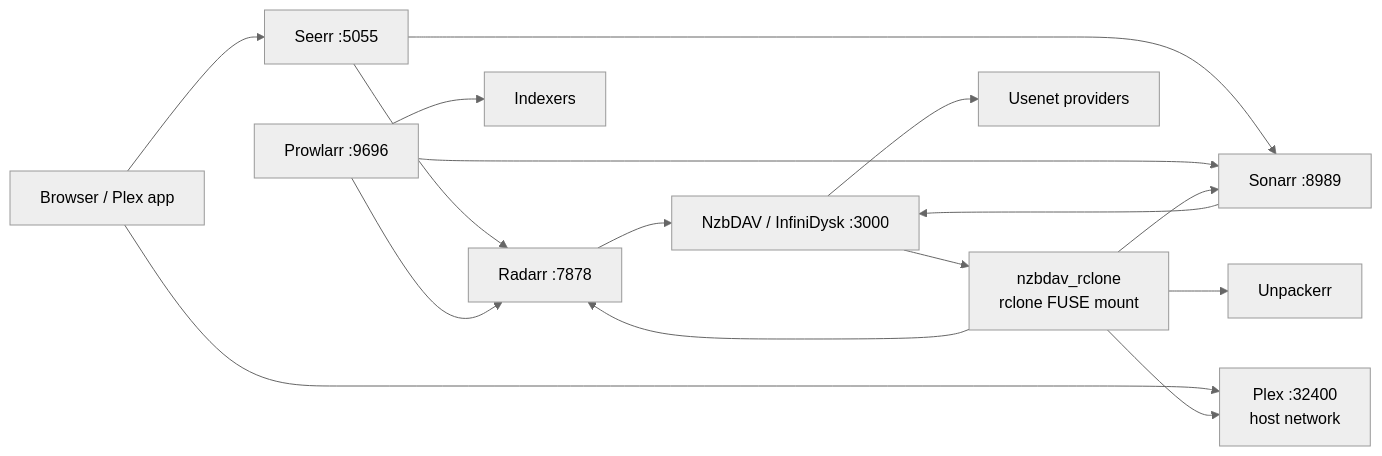
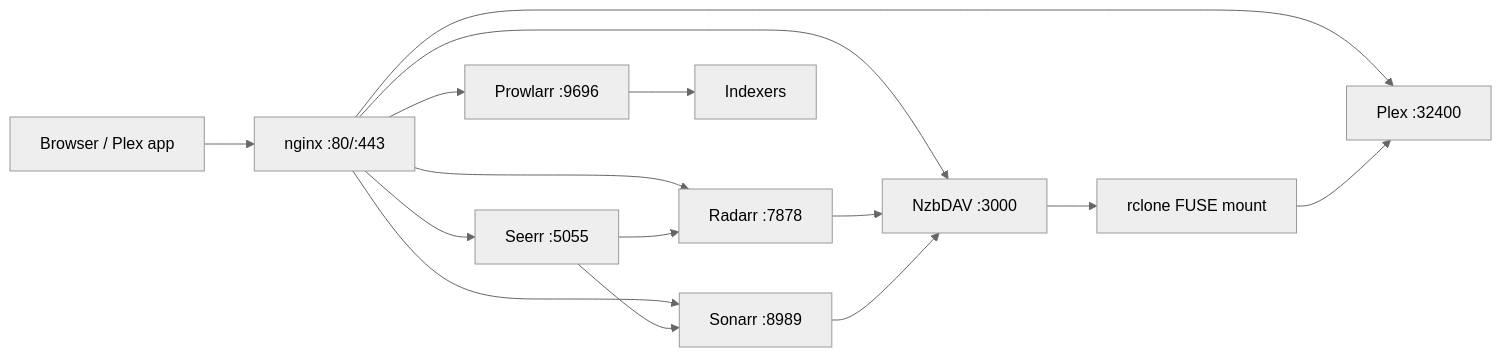
The diagram in docs/stack/architecture.md (WhispersOfJ/rawrz), drawn with Mermaid (neutral theme) before and after one commit. The commit also changed other lines of this file and 23 other files, not shown here.

````diff
--- a/docs/stack/architecture.md
+++ b/docs/stack/architecture.md
@@ -10,24 +10,15 @@
 ```mermaid
 flowchart LR
-    User[Browser / Plex app]
-    Prow[Prowlarr :9696]
-    Rad[Radarr :7878]
-    Son[Sonarr :8989]
-    NZB[NzbDAV / InfiniDysk :3000]
-    RCL[nzbdav_rclone<br/>rclone FUSE mount]
-    Seerr[Seerr :5055]
-    Unp[Unpackerr]
-    Plex[Plex :32400<br/>host network]
-    Indexers[Indexers]
-    Usenet[Usenet providers]
-
-    User --> Seerr
-    User --> Plex
+    User[Browser / Plex app] --> Nginx[nginx :80/:443]
+    Nginx --> Prow[Prowlarr :9696]
+    Nginx --> Rad[Radarr :7878]
+    Nginx --> Son[Sonarr :8989]
+    Nginx --> NZB[NzbDAV :3000]
+    Nginx --> Seerr[Seerr :5055]
+    Nginx --> Plex[Plex :32400]
+    Prow --> Indexers[Indexers]
+    Rad & Son --> NZB
+    NZB --> RCL[rclone FUSE mount]
+    RCL --> Plex
     Seerr --> Rad & Son
-    Prow --> Indexers
-    Prow --> Rad & Son
-    Rad & Son --> NZB
-    NZB --> Usenet
-    NZB --> RCL
-    RCL --> Rad & Son & Unp & Plex
 ```
````
